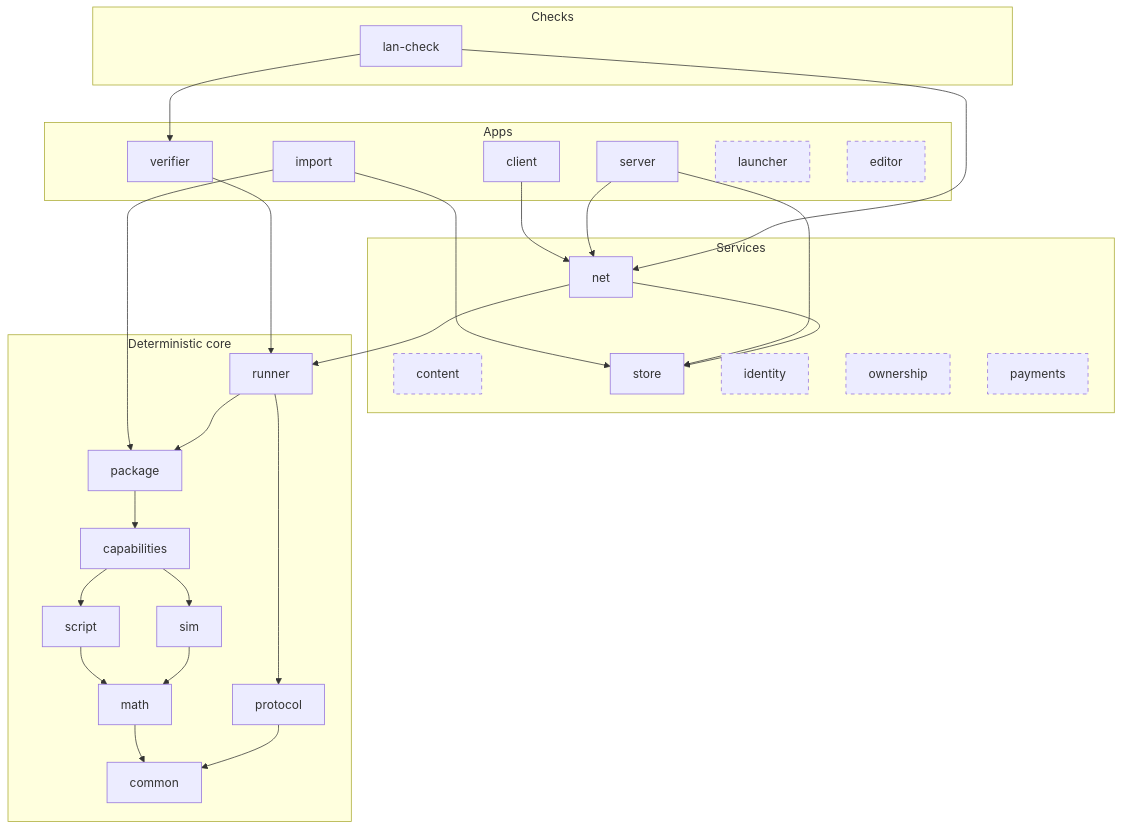
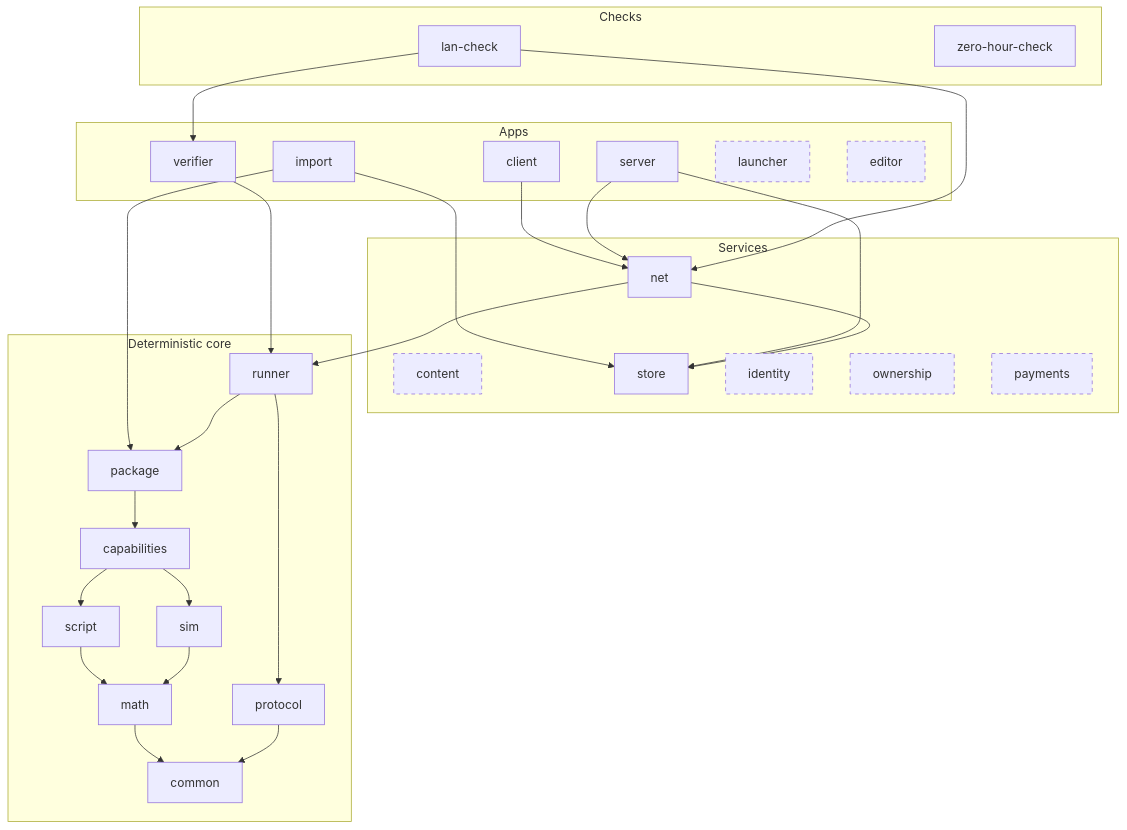
Before and after one commit to xorza/campfire: the diagram in docs/design/02-engine-core.md, drawn with Mermaid. The commit also changed other lines of this file and 78 other files, not shown here.

Commit message:
Add Zero Hour terrain import and camera client support

````diff
--- a/docs/design/02-engine-core.md
+++ b/docs/design/02-engine-core.md
@@ -5,52 +5,53 @@
 ```mermaid
 flowchart TB
     subgraph apps["Apps"]
         client
         server
         verifier
         import
         launcher:::planned
         editor:::planned
     end
     subgraph checks["Checks"]
         lancheck["lan-check"]
+        zerohourcheck["zero-hour-check"]
     end
     subgraph services["Services"]
         net
         content:::planned
         store
         identity:::planned
         ownership:::planned
         payments:::planned
     end
     subgraph core["Deterministic core"]
         runner
         package
         capabilities
         script
         sim
         protocol
         math
         common
     end
     client --> net
     server --> net
     net --> runner
     verifier --> runner
     import --> package
     import --> store
     lancheck --> verifier
     lancheck --> net
     server --> store
     net --> store
     runner --> package
     runner --> protocol
     package --> capabilities
     capabilities --> script
     capabilities --> sim
     script --> math
     sim --> math
     math --> common
     protocol --> common
     classDef planned stroke-dasharray: 5 5
 ```
````
